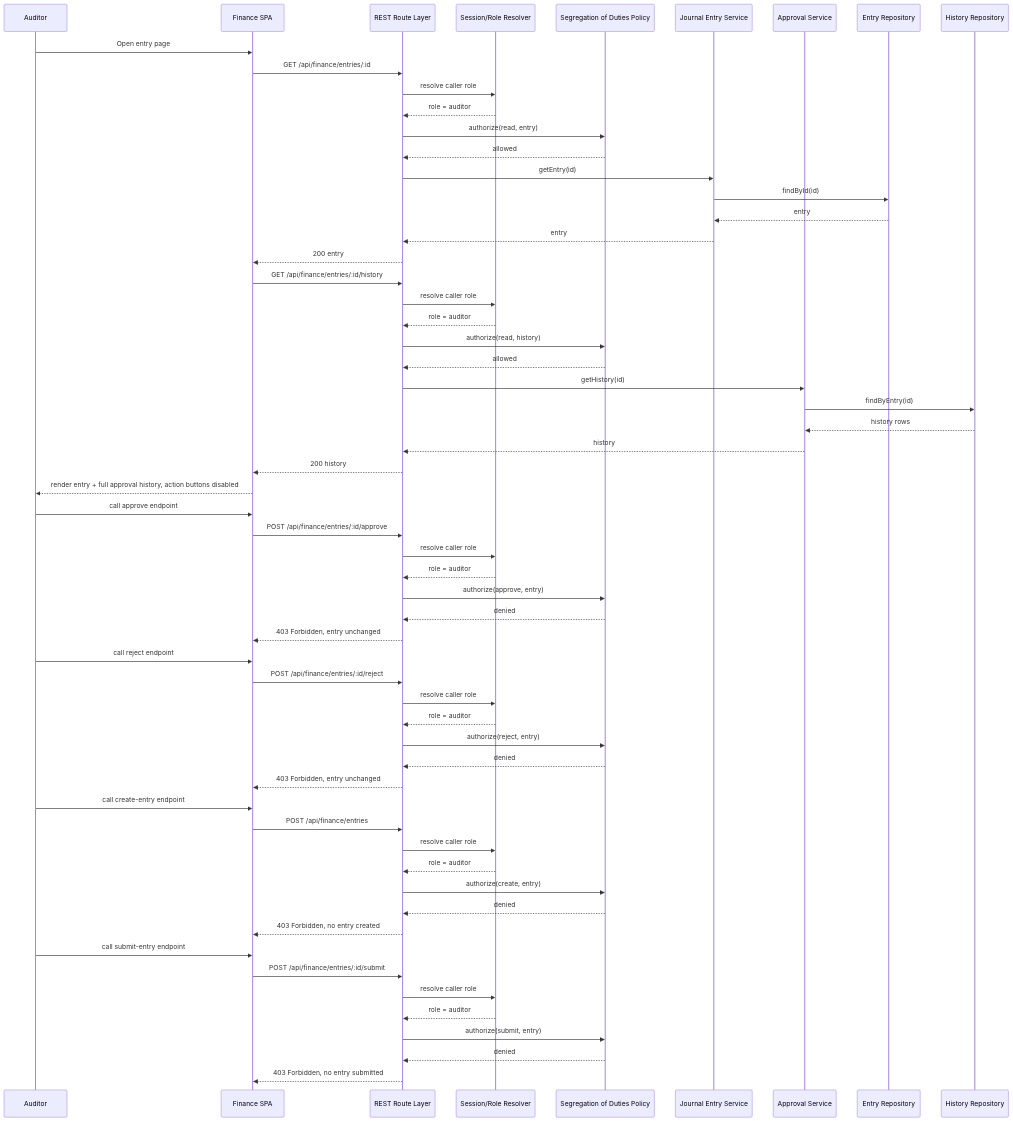
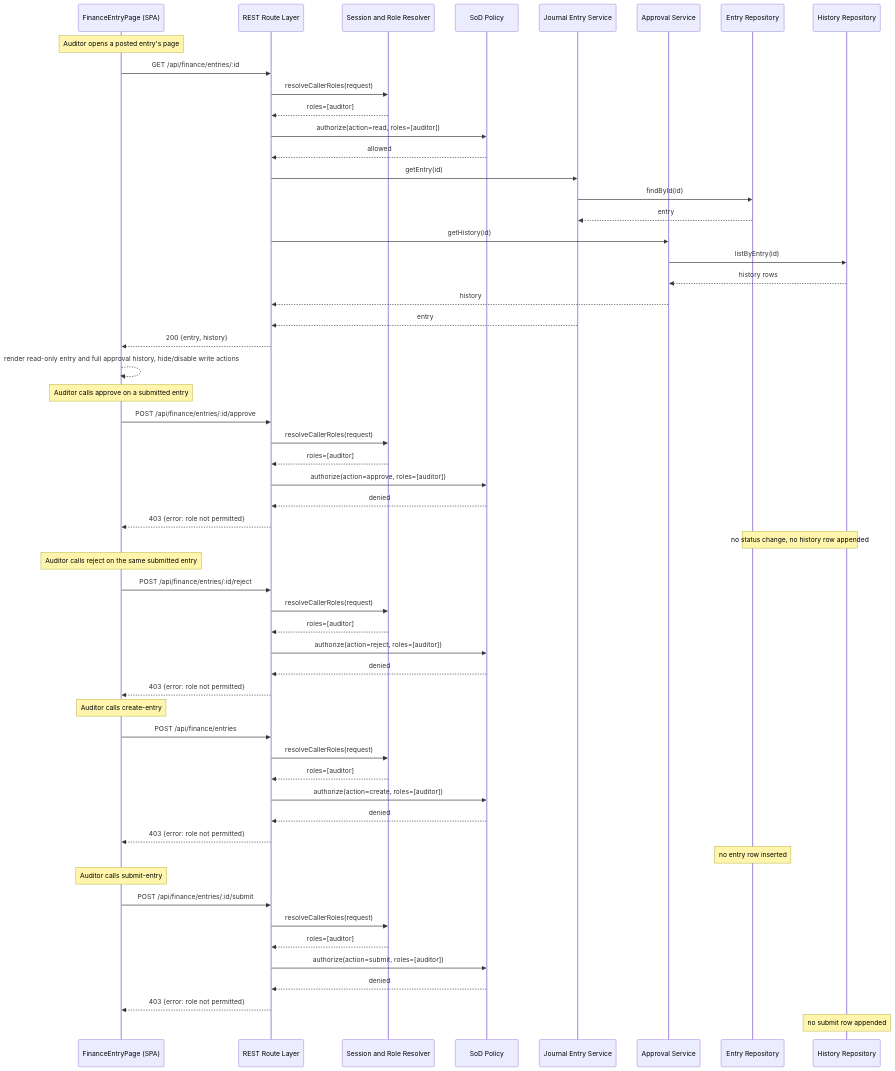
The diagram in docs/design/FIN-008/story-sequence.mmd (CyberhiveTechnologyPartners/Test-PRD), drawn with Mermaid before and after one commit.

Commit message:
docs(design): record the story sequence-view for FIN-008

```diff
--- a/docs/design/FIN-008/story-sequence.mmd
+++ b/docs/design/FIN-008/story-sequence.mmd
@@ -1,75 +1,77 @@
 sequenceDiagram
-  participant Auditor
-  participant Browser as Finance SPA
+  participant UI as FinanceEntryPage (SPA)
   participant Routes as REST Route Layer
-  participant Session as Session/Role Resolver
-  participant Policy as Segregation of Duties Policy
+  participant Session as Session and Role Resolver
+  participant Policy as SoD Policy
   participant EntrySvc as Journal Entry Service
   participant ApprovalSvc as Approval Service
   participant EntryRepo as Entry Repository
   participant HistRepo as History Repository
-  Auditor->>Browser: Open entry page
-  Browser->>Routes: GET /api/finance/entries/:id
-  Routes->>Session: resolve caller role
-  Session-->>Routes: role = auditor
-  Routes->>Policy: authorize(read, entry)
+
+  Note over UI: Auditor opens a posted entry's page
+  UI->>Routes: GET /api/finance/entries/:id
+  Routes->>Session: resolveCallerRoles(request)
+  Session-->>Routes: roles=[auditor]
+  Routes->>Policy: authorize(action=read, roles=[auditor])
   Policy-->>Routes: allowed
   Routes->>EntrySvc: getEntry(id)
   EntrySvc->>EntryRepo: findById(id)
   EntryRepo-->>EntrySvc: entry
-  EntrySvc-->>Routes: entry
-  Routes-->>Browser: 200 entry
-  Browser->>Routes: GET /api/finance/entries/:id/history
-  Routes->>Session: resolve caller role
-  Session-->>Routes: role = auditor
-  Routes->>Policy: authorize(read, history)
-  Policy-->>Routes: allowed
   Routes->>ApprovalSvc: getHistory(id)
-  ApprovalSvc->>HistRepo: findByEntry(id)
+  ApprovalSvc->>HistRepo: listByEntry(id)
   HistRepo-->>ApprovalSvc: history rows
   ApprovalSvc-->>Routes: history
-  Routes-->>Browser: 200 history
-  Browser-->>Auditor: render entry + full approval history, action buttons disabled
-  Auditor->>Browser: call approve endpoint
-  Browser->>Routes: POST /api/finance/entries/:id/approve
-  Routes->>Session: resolve caller role
-  Session-->>Routes: role = auditor
-  Routes->>Policy: authorize(approve, entry)
+  EntrySvc-->>Routes: entry
+  Routes-->>UI: 200 {entry, history}
+  UI-->>UI: render read-only entry and full approval history, hide/disable write actions
+
+  Note over UI: Auditor calls approve on a submitted entry
+  UI->>Routes: POST /api/finance/entries/:id/approve
+  Routes->>Session: resolveCallerRoles(request)
+  Session-->>Routes: roles=[auditor]
+  Routes->>Policy: authorize(action=approve, roles=[auditor])
   Policy-->>Routes: denied
-  Routes-->>Browser: 403 Forbidden, entry unchanged
-  Auditor->>Browser: call reject endpoint
-  Browser->>Routes: POST /api/finance/entries/:id/reject
-  Routes->>Session: resolve caller role
-  Session-->>Routes: role = auditor
-  Routes->>Policy: authorize(reject, entry)
+  Routes-->>UI: 403 {error: role not permitted}
+  Note over EntryRepo,HistRepo: no status change, no history row appended
+
+  Note over UI: Auditor calls reject on the same submitted entry
+  UI->>Routes: POST /api/finance/entries/:id/reject
+  Routes->>Session: resolveCallerRoles(request)
+  Session-->>Routes: roles=[auditor]
+  Routes->>Policy: authorize(action=reject, roles=[auditor])
   Policy-->>Routes: denied
-  Routes-->>Browser: 403 Forbidden, entry unchanged
-  Auditor->>Browser: call create-entry endpoint
-  Browser->>Routes: POST /api/finance/entries
-  Routes->>Session: resolve caller role
-  Session-->>Routes: role = auditor
-  Routes->>Policy: authorize(create, entry)
+  Routes-->>UI: 403 {error: role not permitted}
+
+  Note over UI: Auditor calls create-entry
+  UI->>Routes: POST /api/finance/entries
+  Routes->>Session: resolveCallerRoles(request)
+  Session-->>Routes: roles=[auditor]
+  Routes->>Policy: authorize(action=create, roles=[auditor])
   Policy-->>Routes: denied
-  Routes-->>Browser: 403 Forbidden, no entry created
-  Auditor->>Browser: call submit-entry endpoint
-  Browser->>Routes: POST /api/finance/entries/:id/submit
-  Routes->>Session: resolve caller role
-  Session-->>Routes: role = auditor
-  Routes->>Policy: authorize(submit, entry)
+  Routes-->>UI: 403 {error: role not permitted}
+  Note over EntryRepo: no entry row inserted
+
+  Note over UI: Auditor calls submit-entry
+  UI->>Routes: POST /api/finance/entries/:id/submit
+  Routes->>Session: resolveCallerRoles(request)
+  Session-->>Routes: roles=[auditor]
+  Routes->>Policy: authorize(action=submit, roles=[auditor])
   Policy-->>Routes: denied
-  Routes-->>Browser: 403 Forbidden, no entry submitted
+  Routes-->>UI: 403 {error: role not permitted}
+  Note over HistRepo: no submit row appended
 %% Files this story is expected to touch:
-%% - server/src/routes/financeEntries.ts
-%% - server/src/routes/financeApprovals.ts
-%% - server/src/session/roleResolver.ts
-%% - server/src/policy/segregationOfDuties.ts
-%% - server/src/services/journalEntryService.ts
-%% - server/src/services/approvalService.ts
-%% - server/src/repositories/entryRepository.ts
-%% - server/src/repositories/historyRepository.ts
-%% - server/db/migrations/0001_finance_schema.sql
-%% - server/package.json
-%% - server/tsconfig.json
+%% - src/server/index.ts
+%% - src/server/financeRoutes.ts
+%% - src/server/sessionRoles.ts
+%% - src/server/sodPolicy.ts
+%% - src/server/journalEntryService.ts
+%% - src/server/approvalService.ts
+%% - src/server/entryRepository.ts
+%% - src/server/historyRepository.ts
+%% - src/server/migrations/0001_finance_schema.sql
+%% - src/financeApi.ts
 %% - src/FinanceEntryPage.tsx
-%% - src/financeApi.ts
-%% - src/fin-008-auditor-access.spec.ts
+%% - src/sodPolicy.spec.ts
+%% - src/finance-auditor.spec.ts
+%% - package.json
+%% - AGENTS.md
```
